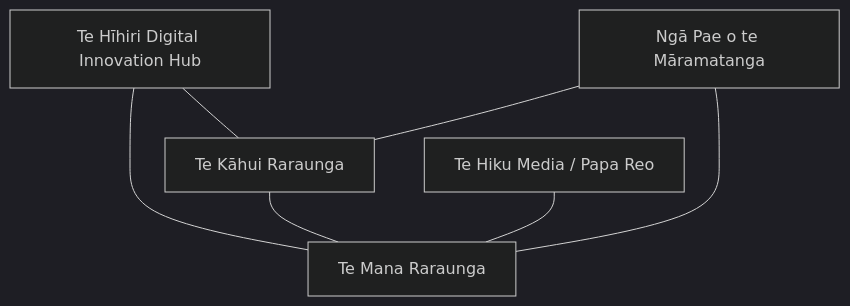
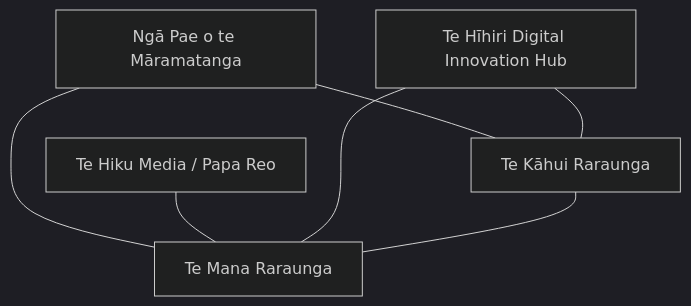
One commit to olitreadwell/nz-tech-for-good changed diagram 21 of 21 in GUIDE.md. Above: the diagram before and after it, drawn with Mermaid (dark theme). The commit also changed other lines of this file and 1 other file, not shown here.

````diff
--- a/GUIDE.md
+++ b/GUIDE.md
@@ -376,14 +376,14 @@
 ```mermaid
 flowchart TD
     n_NgPaeoteMramatanga["Ngā Pae o te Māramatanga"]
     n_TeHikuMediaPapaReo["Te Hiku Media / Papa Reo"]
     n_TeHhiriDigitalInnovation["Te Hīhiri Digital Innovation Hub"]
     n_TeKhuiRaraunga["Te Kāhui Raraunga"]
     n_TeManaRaraunga["Te Mana Raraunga"]
+    n_NgPaeoteMramatanga --- n_TeKhuiRaraunga
+    n_NgPaeoteMramatanga --- n_TeManaRaraunga
+    n_TeHikuMediaPapaReo --- n_TeManaRaraunga
     n_TeHhiriDigitalInnovation --- n_TeKhuiRaraunga
     n_TeHhiriDigitalInnovation --- n_TeManaRaraunga
     n_TeKhuiRaraunga --- n_TeManaRaraunga
-    n_TeHikuMediaPapaReo --- n_TeManaRaraunga
-    n_NgPaeoteMramatanga --- n_TeKhuiRaraunga
-    n_NgPaeoteMramatanga --- n_TeManaRaraunga
 ```
````
